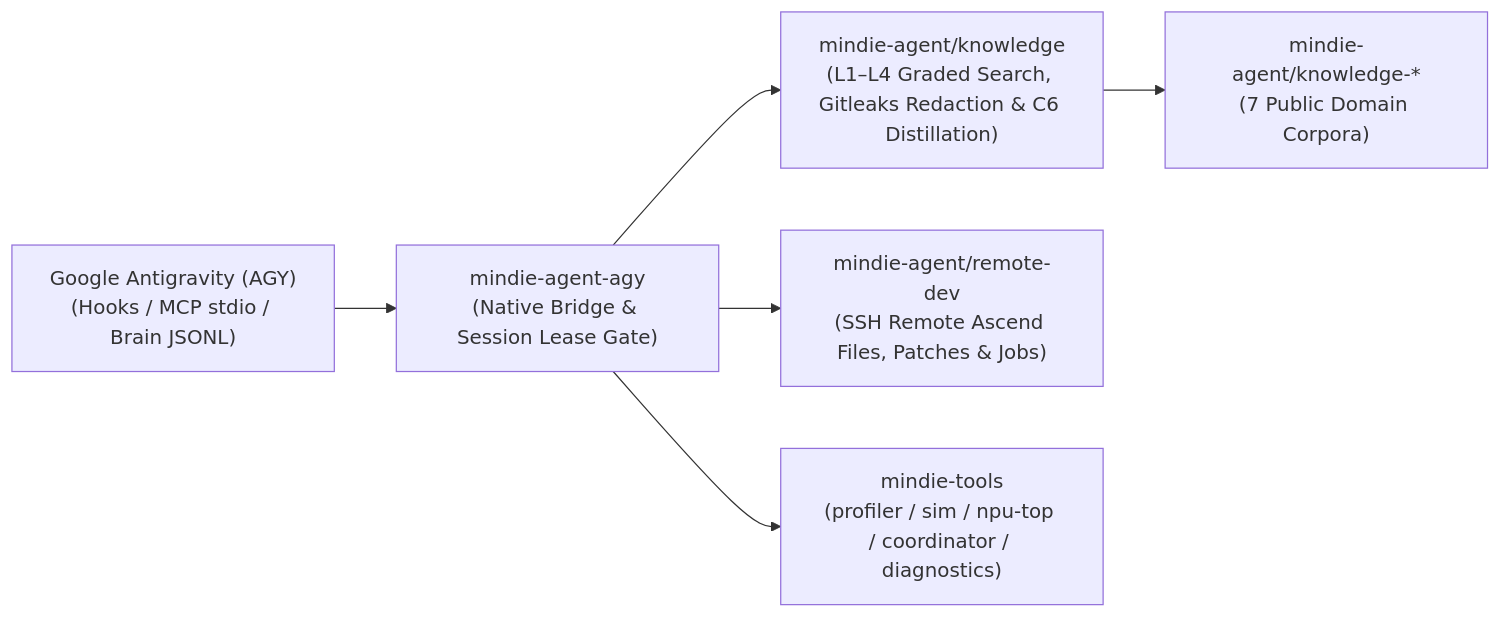
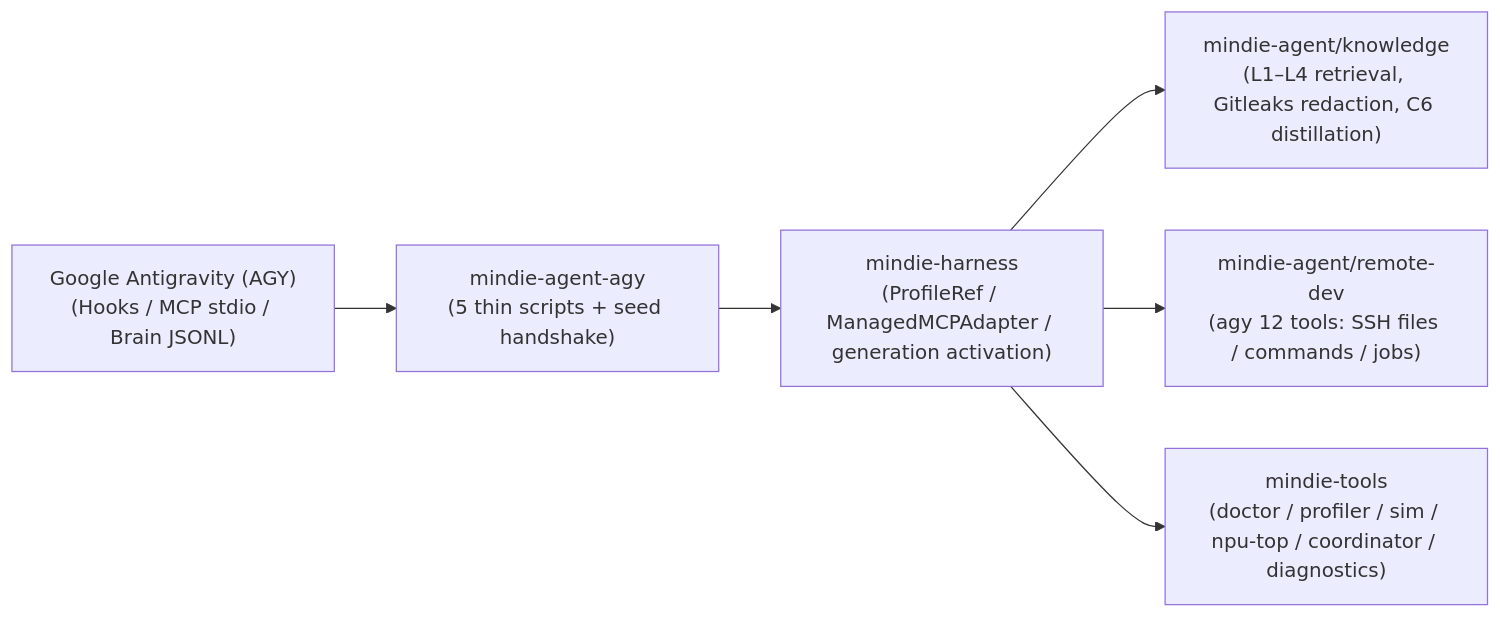
One commit to mindie-agent/mindie-agent-agy changed the diagram in README.en.md. Above: the diagram before and after it, drawn with Mermaid. The commit also changed other lines of this file and 67 other files, not shown here.

First line of the commit message:
feat(ux): Great Subtraction thin host plugin, 1:1 remote profile, and 3-tier privacy (v0.1.21) (#25)

````diff
--- a/README.en.md
+++ b/README.en.md
@@ -272,8 +125,8 @@
 ```mermaid
 flowchart LR
-  AGY["Google Antigravity (AGY)<br/>(Hooks / MCP stdio / Brain JSONL)"] --> Entry["mindie-agent-agy<br/>(Native Bridge & Session Lease Gate)"]
-  Entry --> Knowledge["mindie-agent/knowledge<br/>(L1–L4 Graded Search, Gitleaks Redaction & C6 Distillation)"]
-  Knowledge --> Feed["mindie-agent/knowledge-*<br/>(7 Public Domain Corpora)"]
-  Entry --> RemoteDev["mindie-agent/remote-dev<br/>(SSH Remote Ascend Files, Patches & Jobs)"]
-  Entry --> Tools["mindie-tools<br/>(profiler / sim / npu-top / coordinator / diagnostics)"]
+  AGY["Google Antigravity (AGY)<br/>(Hooks / MCP stdio / Brain JSONL)"] --> Entry["mindie-agent-agy<br/>(5 thin scripts + seed handshake)"]
+  Entry --> Harness["mindie-harness<br/>(ProfileRef / ManagedMCPAdapter / generation activation)"]
+  Harness --> Knowledge["mindie-agent/knowledge<br/>(L1–L4 retrieval, Gitleaks redaction, C6 distillation)"]
+  Harness --> RemoteDev["mindie-agent/remote-dev<br/>(agy 12 tools: SSH files / commands / jobs)"]
+  Harness --> Tools["mindie-tools<br/>(doctor / profiler / sim / npu-top / coordinator / diagnostics)"]
 ```
````
